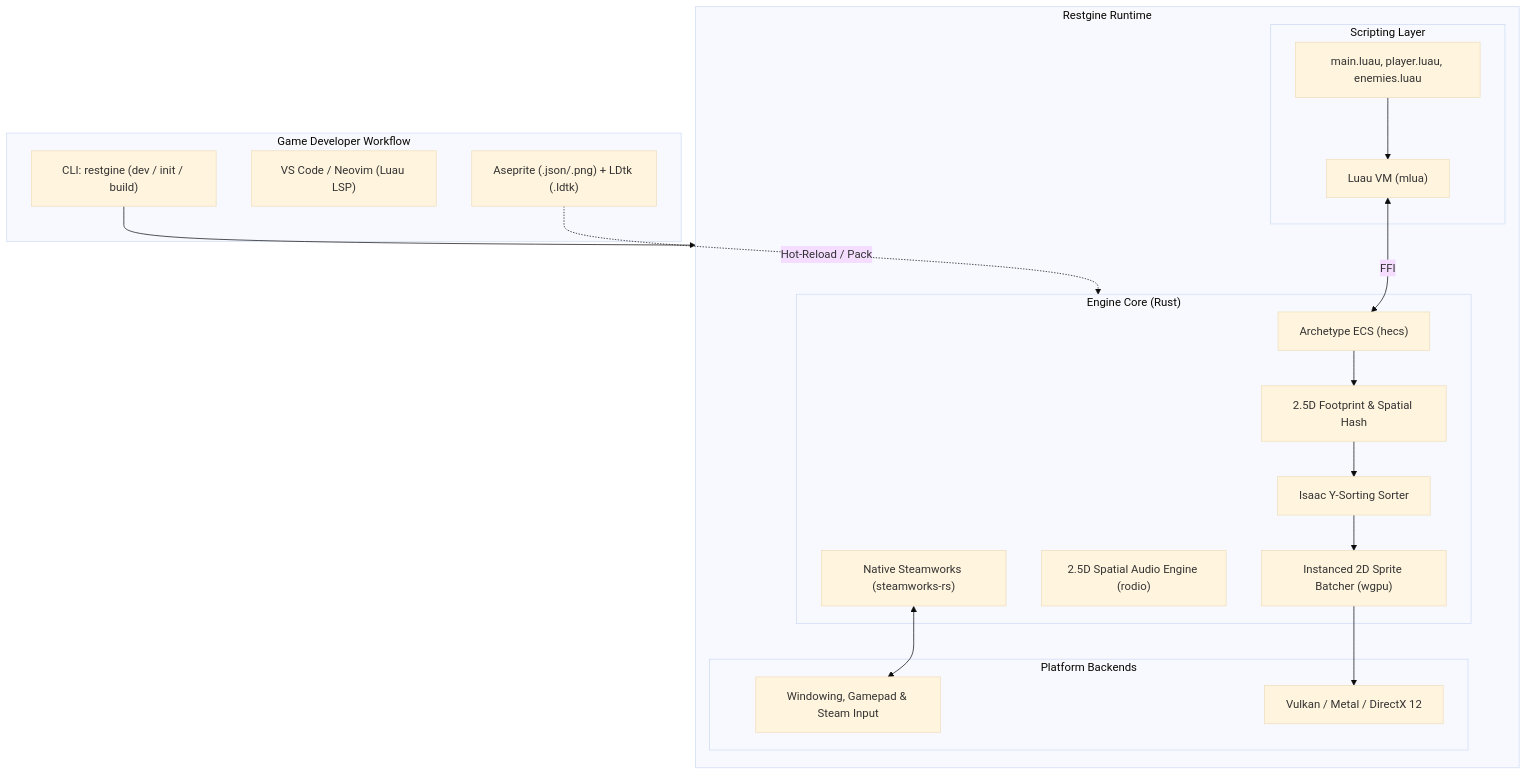
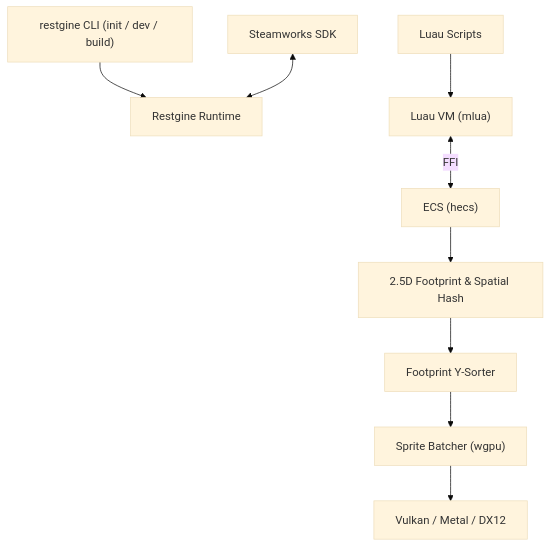
Before and after one commit to PilohWhy/restgine: the diagram in README.md, drawn with Mermaid (base theme). The commit also changed other lines of this file, not shown here.

````diff
--- a/README.md
+++ b/README.md
@@ -37,39 +23,11 @@
 ```mermaid
 flowchart TD
-    subgraph Developer ["Game Developer Workflow"]
-        CLI["CLI: restgine (dev / init / build)"]
-        IDE["VS Code / Neovim (Luau LSP)"]
-        Art["Aseprite (.json/.png) + LDtk (.ldtk)"]
-    end
-
-    subgraph Runtime ["Restgine Runtime"]
-        subgraph ScriptLayer ["Scripting Layer"]
-            LuauVM["Luau VM (mlua)"]
-            Scripts["main.luau, player.luau, enemies.luau"]
-        end
-
-        subgraph CoreLayer ["Engine Core (Rust)"]
-            ECS["Archetype ECS (hecs)"]
-            Physics["2.5D Footprint & Spatial Hash"]
-            DepthSort["Isaac Y-Sorting Sorter"]
-            Renderer["Instanced 2D Sprite Batcher (wgpu)"]
-            Audio["2.5D Spatial Audio Engine (rodio)"]
-            Steam["Native Steamworks (steamworks-rs)"]
-        end
-
-        subgraph Platform ["Platform Backends"]
-            SDL3["Windowing, Gamepad & Steam Input"]
-            GPU["Vulkan / Metal / DirectX 12"]
-        end
-    end
-
-    CLI --> Runtime
-    Art -.->|"Hot-Reload / Pack"| CoreLayer
-    Scripts --> LuauVM
-    LuauVM <-->|"FFI"| ECS
-    ECS --> Physics
-    Physics --> DepthSort
-    DepthSort --> Renderer
-    Renderer --> GPU
-    Steam <--> SDL3
+    CLI["restgine CLI (init / dev / build)"] --> Runtime
+    Scripts["Luau Scripts"] --> LuauVM["Luau VM (mlua)"]
+    LuauVM <-->|"FFI"| ECS["ECS (hecs)"]
+    ECS --> Physics["2.5D Footprint & Spatial Hash"]
+    Physics --> Sorter["Footprint Y-Sorter"]
+    Sorter --> Batcher["Sprite Batcher (wgpu)"]
+    Batcher --> GPU["Vulkan / Metal / DX12"]
+    Steam["Steamworks SDK"] <--> Runtime["Restgine Runtime"]
 ```
````
